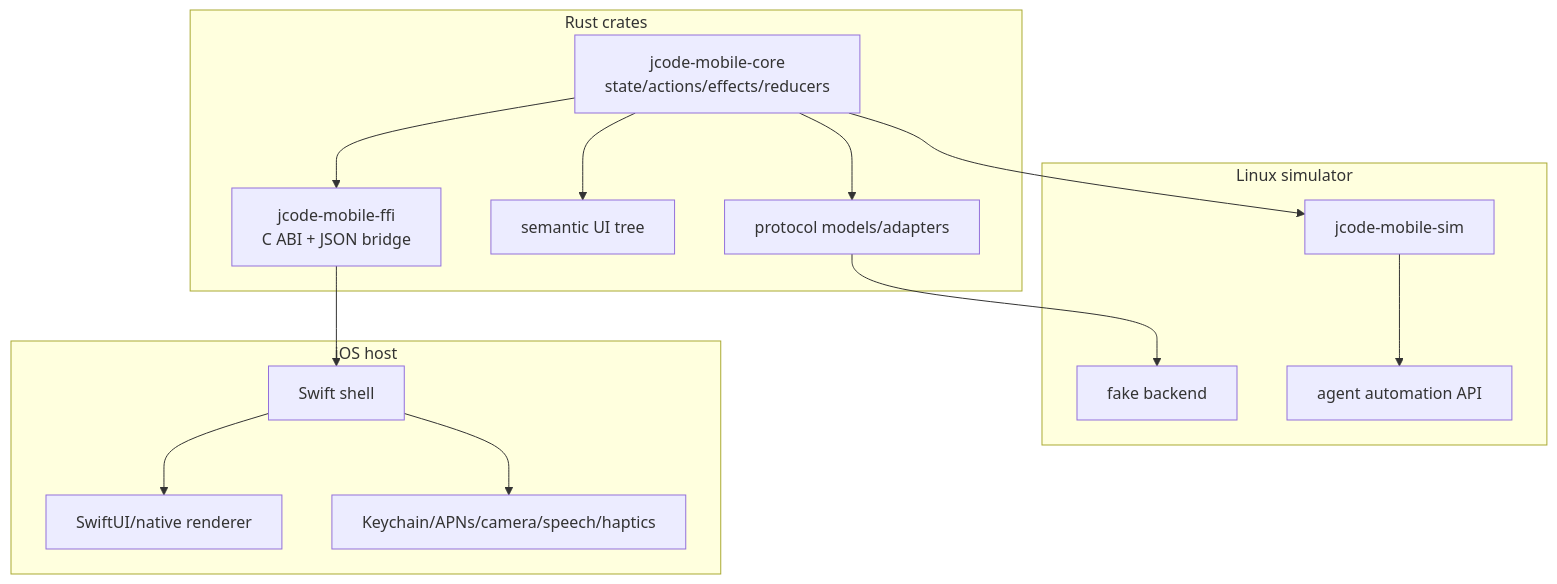
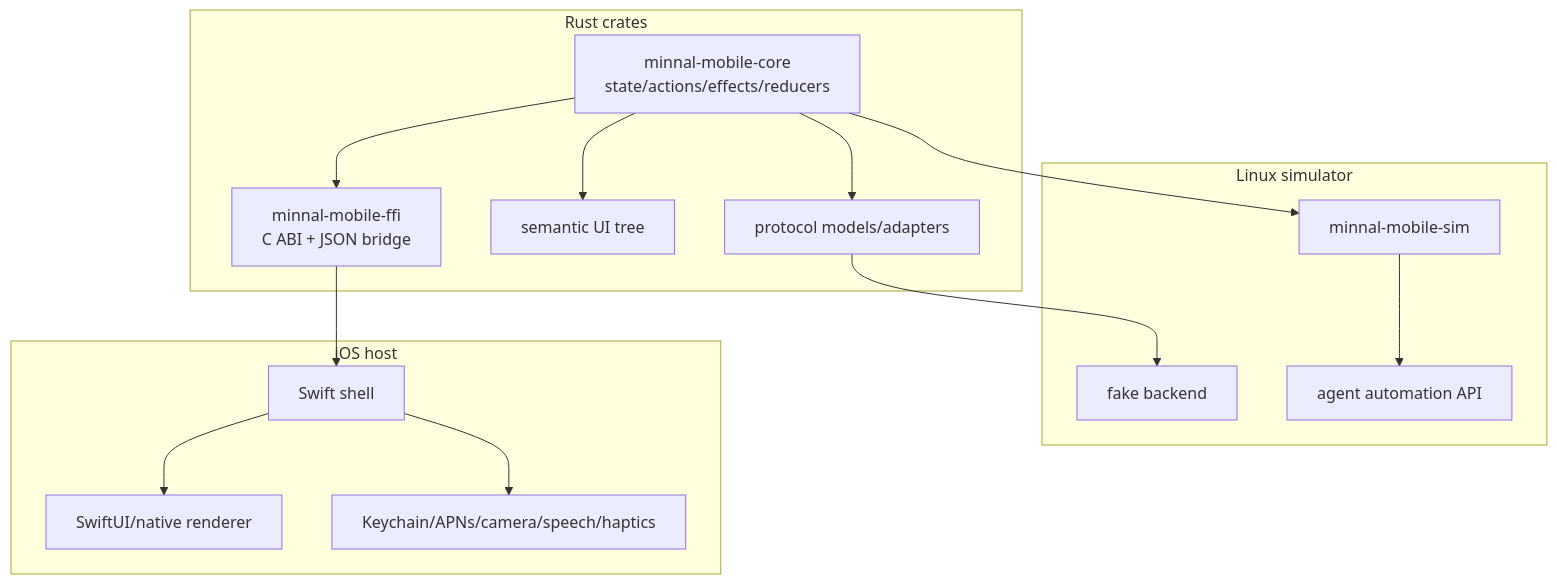
Before and after one commit to iamrohithrnair/minnal: the diagram in docs/MOBILE_IOS_HOST_INTEGRATION.md, drawn with Mermaid. The commit also changed other lines of this file and 918 other files, not shown here.

````diff
--- a/docs/MOBILE_IOS_HOST_INTEGRATION.md
+++ b/docs/MOBILE_IOS_HOST_INTEGRATION.md
@@ -61,31 +61,31 @@
 ```mermaid
 graph TB
     subgraph Rust["Rust crates"]
-        Core["jcode-mobile-core\nstate/actions/effects/reducers"]
+        Core["minnal-mobile-core\nstate/actions/effects/reducers"]
         Protocol["protocol models/adapters"]
         Semantic["semantic UI tree"]
-        FFI["jcode-mobile-ffi\nC ABI + JSON bridge"]
+        FFI["minnal-mobile-ffi\nC ABI + JSON bridge"]
     end
 
     subgraph Linux["Linux simulator"]
-        Sim["jcode-mobile-sim"]
+        Sim["minnal-mobile-sim"]
         Fake["fake backend"]
         Agent["agent automation API"]
     end
 
     subgraph IOS["iOS host"]
         Swift["Swift shell"]
         Renderer["SwiftUI/native renderer"]
         Services["Keychain/APNs/camera/speech/haptics"]
     end
 
     Core --> Protocol
     Core --> Semantic
     Core --> FFI
     Core --> Sim
     Protocol --> Fake
     Sim --> Agent
     FFI --> Swift
     Swift --> Renderer
     Swift --> Services
 ```
````
